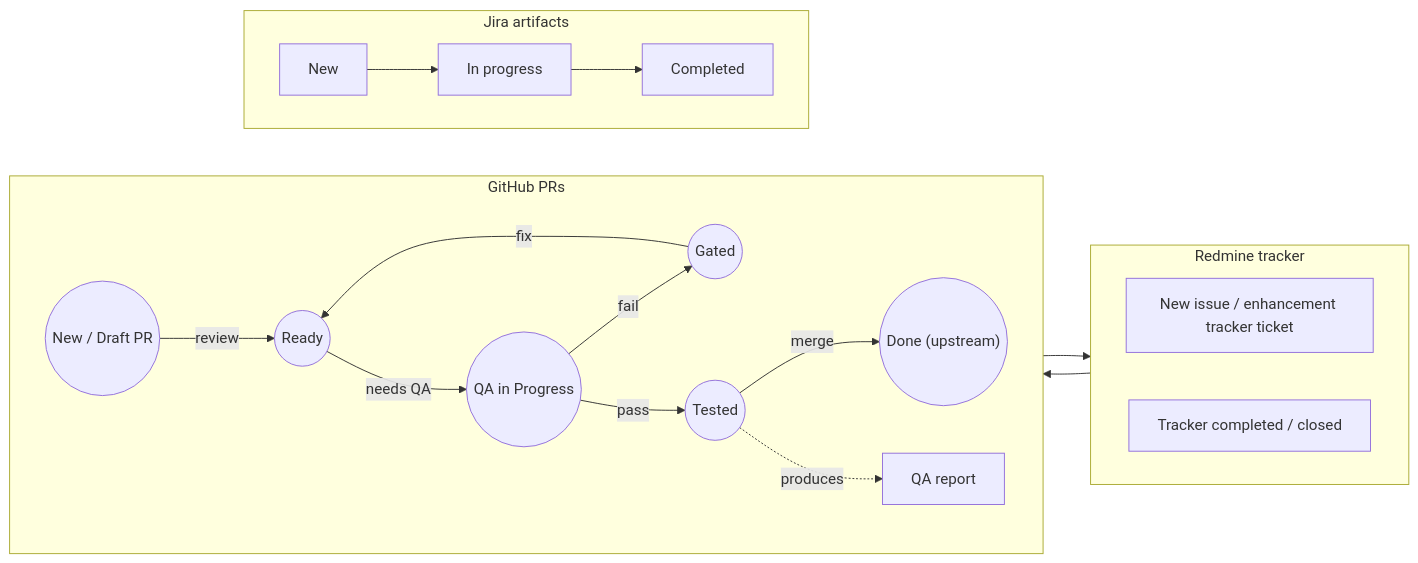
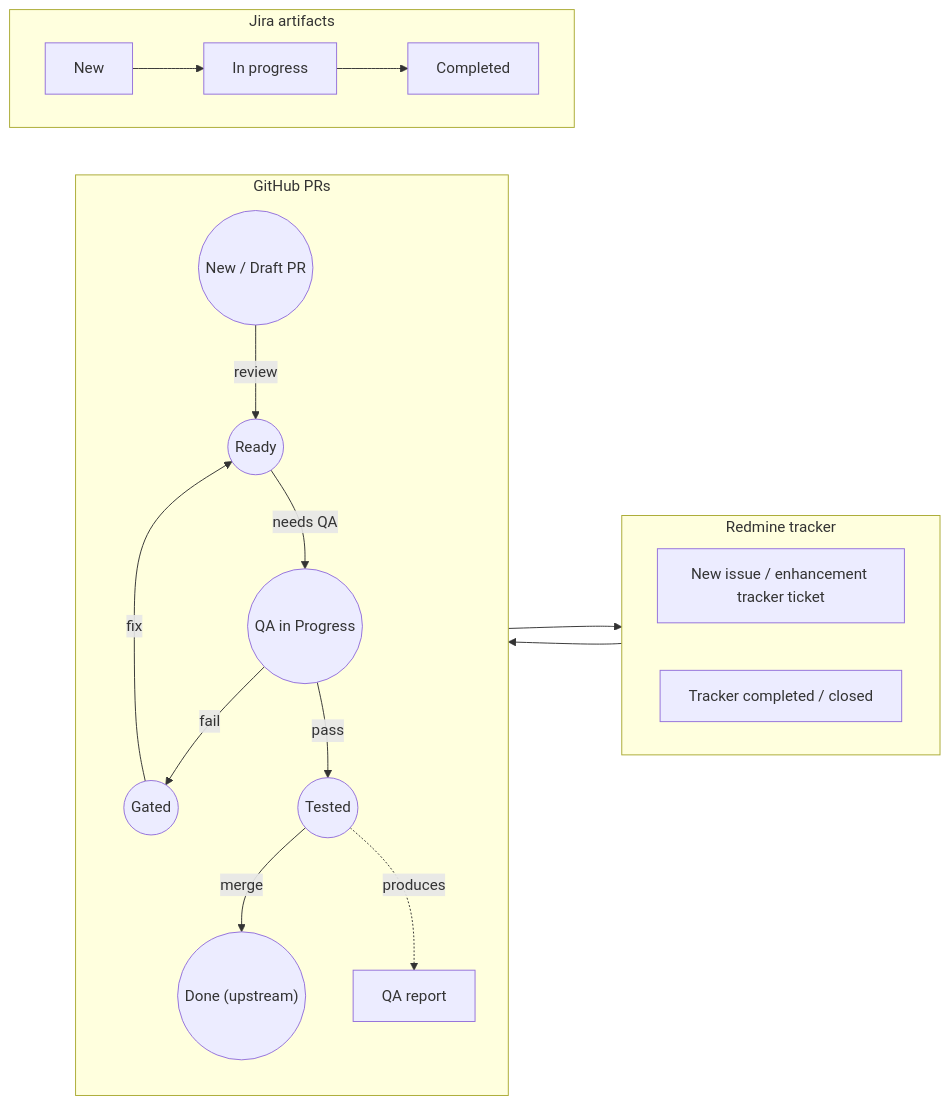
Before and after one commit to perezjosibm/ceph-aprg: the diagram in doc/crimson_workload_flow.md, drawn with Mermaid. The commit also changed other lines of this file and 3 other files, not shown here.

````diff
--- a/doc/crimson_workload_flow.md
+++ b/doc/crimson_workload_flow.md
@@ -13,43 +13,43 @@
 ```mermaid
 flowchart LR
   %% Row 1: Redmine tracker
   subgraph REDMINE["Redmine tracker"]
-    direction LR
+    direction LR 
     tracker_new["New issue / enhancement tracker ticket"]
     tracker_done["Tracker completed / closed"]
   end
 
   %% Row 2: GitHub PRs
   subgraph GITHUB["GitHub PRs"]
-    direction LR
+    direction TB
     pr_new(("New / Draft PR"))
     pr_ready(("Ready"))
     pr_qa(("QA in Progress"))
     pr_gated(("Gated"))
     pr_tested(("Tested"))
     pr_done(("Done (upstream)"))
     qa_report["QA report"]
 
     pr_new -->|review| pr_ready
     pr_ready -->|needs QA| pr_qa
     pr_qa -->|fail| pr_gated
     pr_qa -->|pass| pr_tested
     pr_gated -->|fix| pr_ready
     pr_tested -->|merge| pr_done
     pr_tested -. produces .-> qa_report
   end
 
   %% Row 3: Jira artifacts
   subgraph JIRA["Jira artifacts"]
     direction LR
     jira_new["New"]
     jira_progress["In progress"]
     jira_done["Completed"]
 
     jira_new --> jira_progress --> jira_done
   end
 
   %% Cross-row relationships
   tracker_new --> pr_new
   pr_done --> tracker_done
 ```
````
